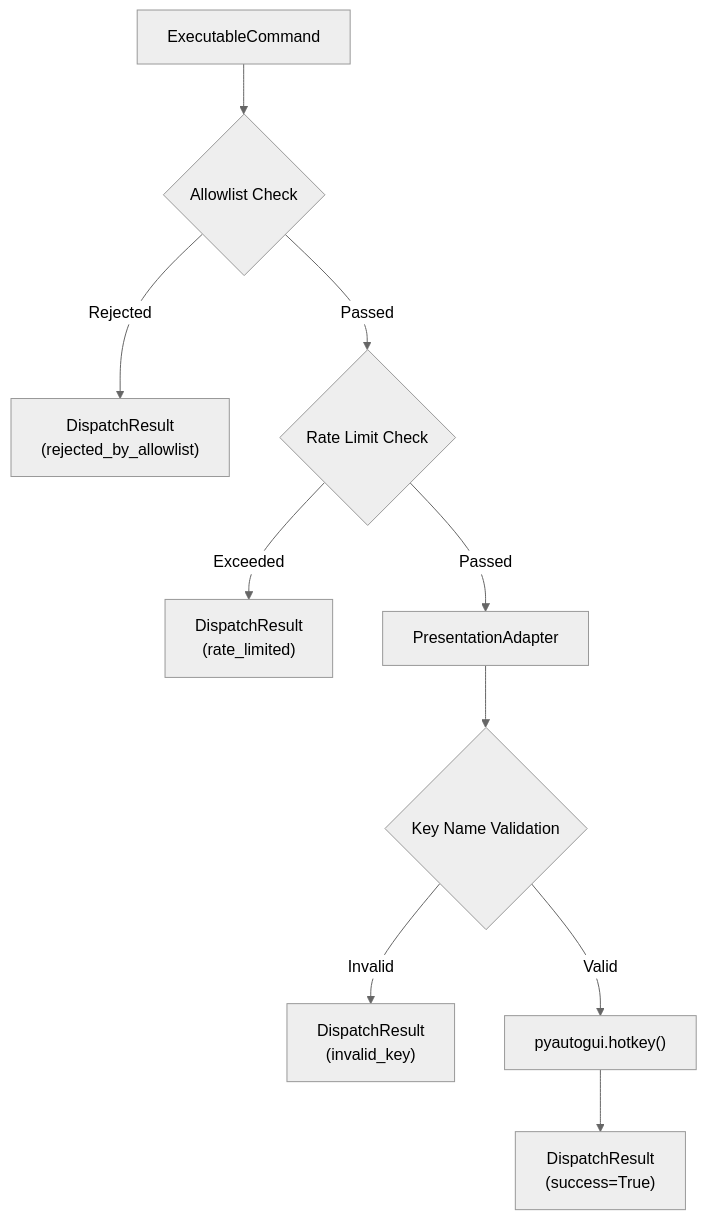
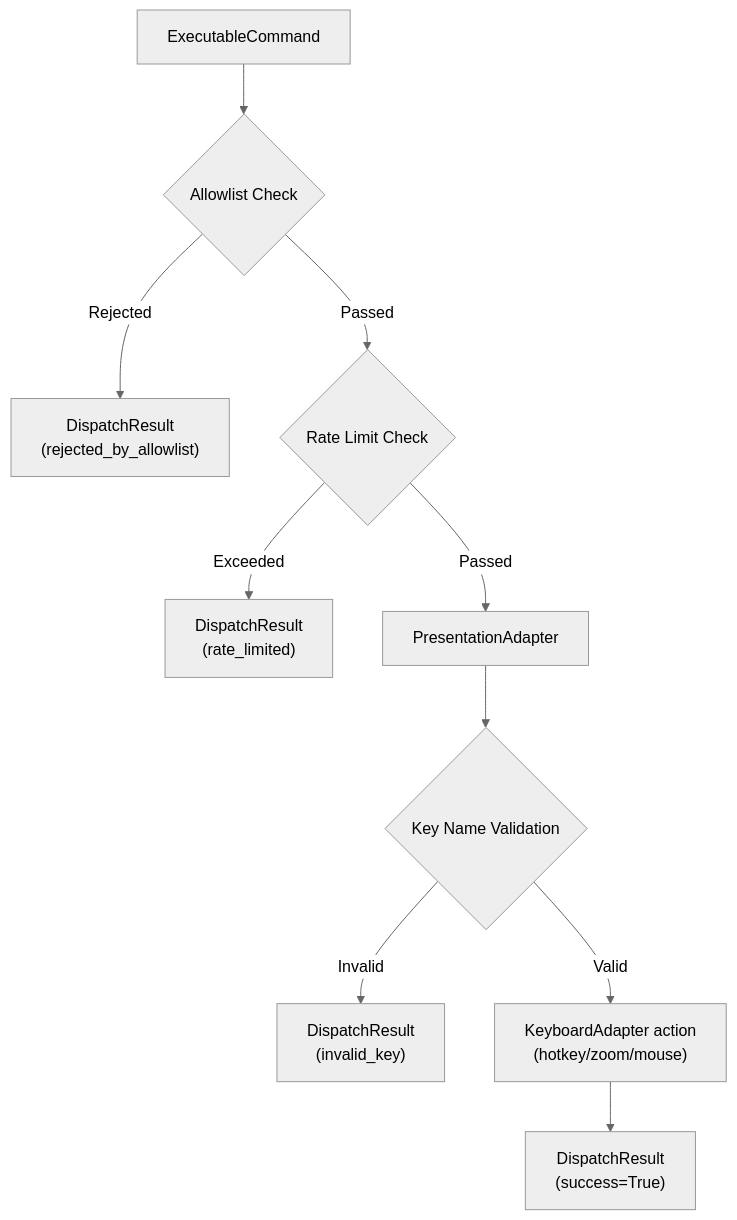
One commit to ntsrigaud/Maestro changed the fifth of 6 diagrams in docs/architecture/process-view.md. Above: the diagram before and after it, drawn with Mermaid (neutral theme). The commit also changed other lines of this file and 10 other files, not shown here.

First line of the commit message:
docs: align architecture documentations with latest system state

````diff
--- a/docs/architecture/process-view.md
+++ b/docs/architecture/process-view.md
@@ -172,12 +171,12 @@
 ```mermaid
 graph TD
     Cmd["ExecutableCommand"] --> Allow{Allowlist Check}
     Allow -->|Rejected| Fail1["DispatchResult<br/>(rejected_by_allowlist)"]
     Allow -->|Passed| Rate{Rate Limit Check}
     Rate -->|Exceeded| Fail2["DispatchResult<br/>(rate_limited)"]
     Rate -->|Passed| Adapter["PresentationAdapter"]
     Adapter --> KeyValidate{Key Name Validation}
     KeyValidate -->|Invalid| Fail3["DispatchResult<br/>(invalid_key)"]
-    KeyValidate -->|Valid| Execute["pyautogui.hotkey()"]
+    KeyValidate -->|Valid| Execute["KeyboardAdapter action\n(hotkey/zoom/mouse)"]
     Execute --> Success["DispatchResult<br/>(success=True)"]
 ```
````
